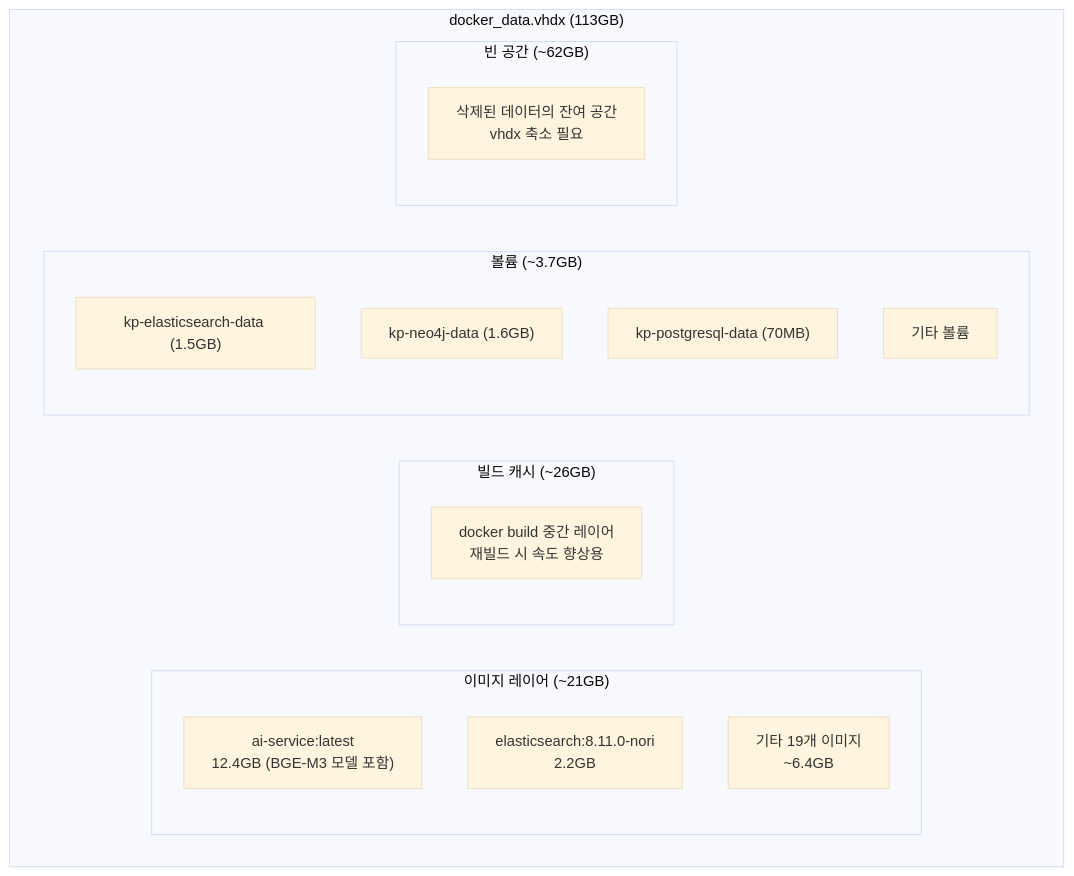
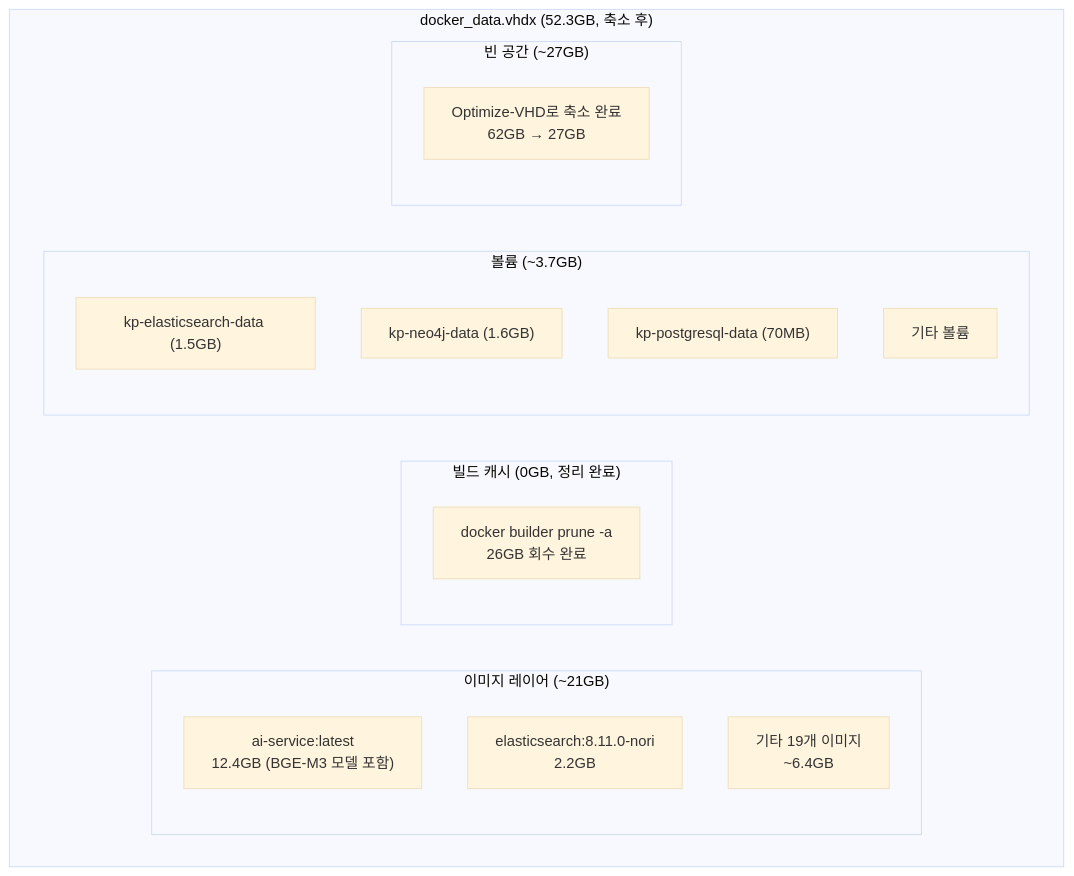
One commit to k82022603/hybrid-rag-knowledge-ops changed the first of 2 diagrams in knowledge_service/docs/08_deliverables/10_docker_disk_maintenance_guide.md. Above: the diagram before and after it, drawn with Mermaid (base theme). The commit also changed other lines of this file, not shown here.

First line of the commit message:
[DOCS] Docker 디스크 가이드 v1.1 — vhdx 축소 실측값 반영

````diff
--- a/knowledge_service/docs/08_deliverables/10_docker_disk_maintenance_guide.md
+++ b/knowledge_service/docs/08_deliverables/10_docker_disk_maintenance_guide.md
@@ -45,22 +47,22 @@
 ```mermaid
 flowchart TB
-    subgraph VHDX["docker_data.vhdx (113GB)"]
+    subgraph VHDX["docker_data.vhdx (52.3GB, 축소 후)"]
         subgraph Images["이미지 레이어 (~21GB)"]
             IMG1["ai-service:latest<br/>12.4GB (BGE-M3 모델 포함)"]
             IMG2["elasticsearch:8.11.0-nori<br/>2.2GB"]
             IMG3["기타 19개 이미지<br/>~6.4GB"]
         end
-        subgraph Cache["빌드 캐시 (~26GB)"]
-            BC["docker build 중간 레이어<br/>재빌드 시 속도 향상용"]
+        subgraph Cache["빌드 캐시 (0GB, 정리 완료)"]
+            BC["docker builder prune -a<br/>26GB 회수 완료"]
         end
         subgraph Volumes["볼륨 (~3.7GB)"]
             V1["kp-elasticsearch-data (1.5GB)"]
             V2["kp-neo4j-data (1.6GB)"]
             V3["kp-postgresql-data (70MB)"]
             V4["기타 볼륨"]
         end
-        subgraph Free["빈 공간 (~62GB)"]
-            FR["삭제된 데이터의 잔여 공간<br/>vhdx 축소 필요"]
+        subgraph Free["빈 공간 (~27GB)"]
+            FR["Optimize-VHD로 축소 완료<br/>62GB → 27GB"]
         end
     end
 ```
````
